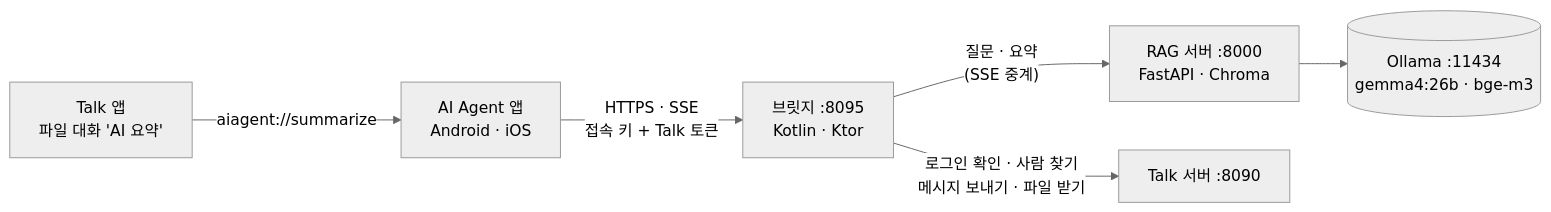
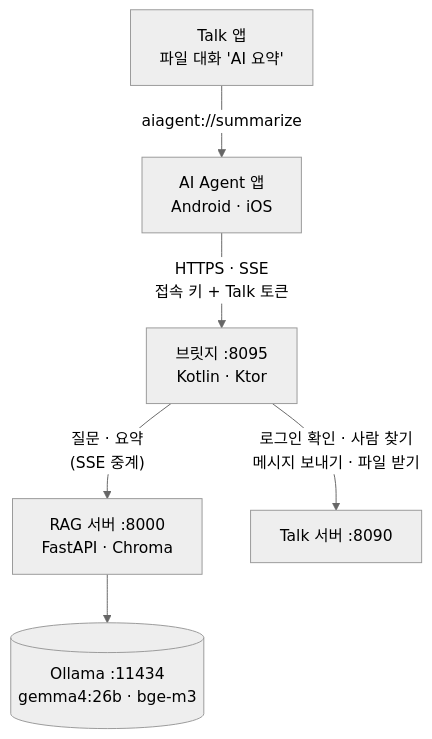
One commit to EunilSung/AI_Agent changed the diagram in README.md. Above: the diagram before and after it, drawn with Mermaid (neutral theme). The commit also changed other lines of this file and 4 other files, not shown here.

````diff
--- a/README.md
+++ b/README.md
@@ -82,8 +82,8 @@
 ```mermaid
-flowchart LR
+flowchart TD
     TALKAPP["Talk 앱<br/>파일 대화 'AI 요약'"] -->|"aiagent://summarize"| APP
     APP["AI Agent 앱<br/>Android · iOS"] -->|"HTTPS · SSE<br/>접속 키 + Talk 토큰"| BRIDGE["브릿지 :8095<br/>Kotlin · Ktor"]
     BRIDGE -->|"질문 · 요약<br/>(SSE 중계)"| RAG["RAG 서버 :8000<br/>FastAPI · Chroma"]
     RAG --> OLLAMA[("Ollama :11434<br/>gemma4:26b · bge-m3")]
     BRIDGE -->|"로그인 확인 · 사람 찾기<br/>메시지 보내기 · 파일 받기"| TALK["Talk 서버 :8090"]
 ```
````
